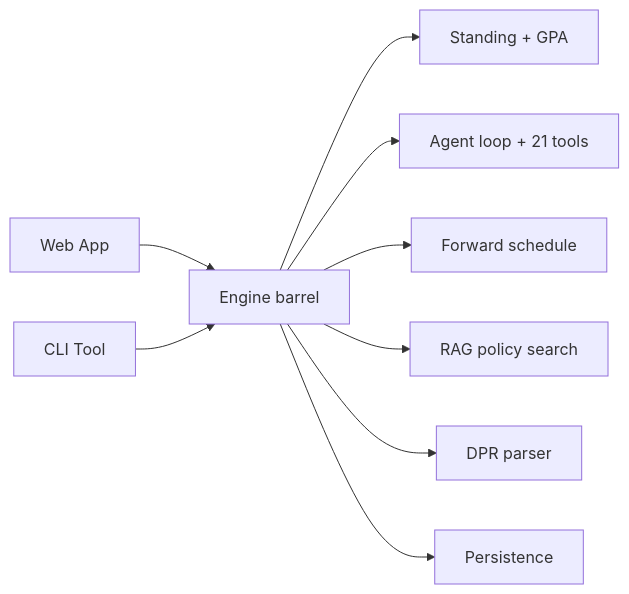
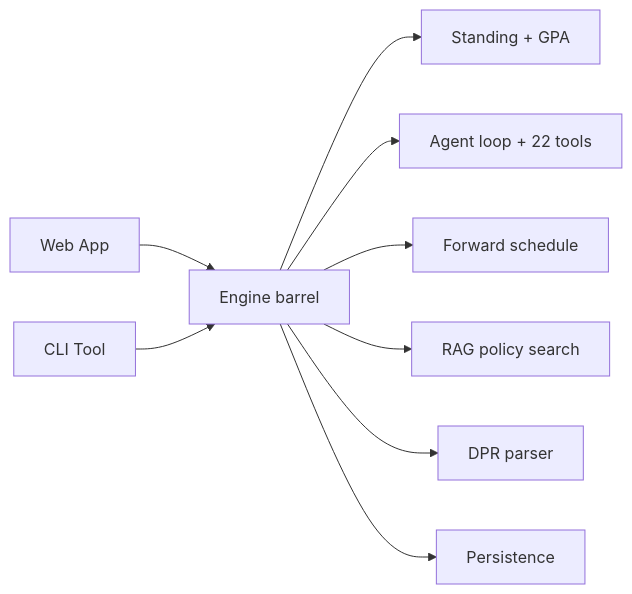
One commit to EdoardoMongardi/NYU_Path changed the diagram in Docs/current-system/engine/engine-package-index.md. Above: the diagram before and after it, drawn with Mermaid. The commit also changed other lines of this file and 4 other files, not shown here.

````diff
--- a/Docs/current-system/engine/engine-package-index.md
+++ b/Docs/current-system/engine/engine-package-index.md
@@ -9,11 +9,11 @@
 ```mermaid
 flowchart LR
     Web[Web App] --> Barrel[Engine barrel]
     CLI[CLI Tool] --> Barrel
     Barrel --> Standing[Standing + GPA]
-    Barrel --> Agent[Agent loop + 21 tools]
+    Barrel --> Agent[Agent loop + 22 tools]
     Barrel --> Planner[Forward schedule]
     Barrel --> RAG[RAG policy search]
     Barrel --> DPR[DPR parser]
     Barrel --> Store[Persistence]
 ```
````
